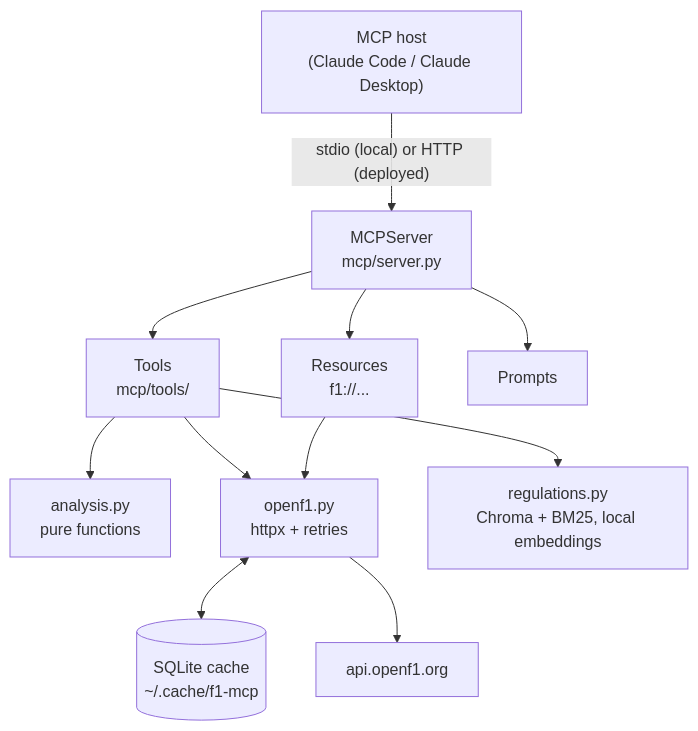
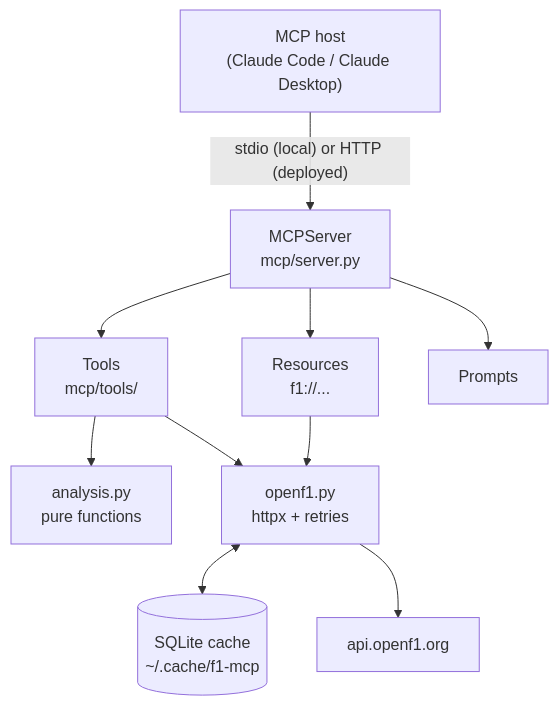
The diagram in README.md (JuanEliasLaraSoto/f1-mcp), drawn with Mermaid before and after one commit. The commit also changed other lines of this file and 23 other files, not shown here.

````diff
--- a/README.md
+++ b/README.md
@@ -182,23 +126,22 @@
 ```mermaid
 graph TD
     Host["MCP host<br/>(Claude Code / Claude Desktop)"]
     Server["MCPServer<br/>mcp/server.py"]
     Tools["Tools<br/>mcp/tools/"]
     Resources["Resources<br/>f1://..."]
     Prompts["Prompts"]
     Analysis["analysis.py<br/>pure functions"]
     Client["openf1.py<br/>httpx + retries"]
     Cache[("SQLite cache<br/>~/.cache/f1-mcp")]
     API["api.openf1.org"]
 
     Host -->|"stdio (local) or HTTP (deployed)"| Server
     Server --> Tools
     Server --> Resources
     Server --> Prompts
     Tools --> Analysis
     Tools --> Client
     Resources --> Client
     Client <--> Cache
     Client --> API
-    Tools --> Regs["regulations.py<br/>Chroma + BM25, local embeddings"]
 ```
````
